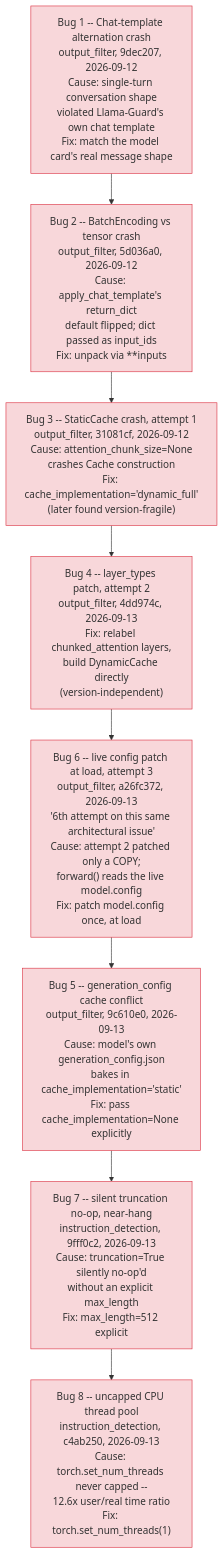
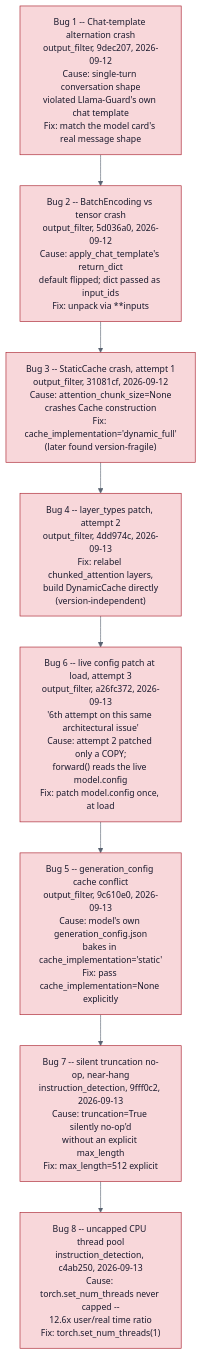
The tenth of 11 diagrams in docs/THESIS_ARCHITECTURE.md (Simarjit1303/rag-adversarial-robustness), drawn with Mermaid before and after one commit. The commit also changed other lines of this file, not shown here.

First line of the commit message:
Add explicit dark-mode-safe colors to all 11 THESIS_ARCHITECTURE.md diagrams

````diff
--- a/docs/THESIS_ARCHITECTURE.md
+++ b/docs/THESIS_ARCHITECTURE.md
@@ -248,16 +259,17 @@
 ```mermaid
+%%{init: {'theme':'base','themeVariables':{'primaryColor':'#eef2f7','primaryTextColor':'#1a1a2e','primaryBorderColor':'#37517e','lineColor':'#5a6472','secondaryColor':'#eef2f7','secondaryTextColor':'#1a1a2e','secondaryBorderColor':'#37517e','tertiaryColor':'#eef2f7','tertiaryTextColor':'#1a1a2e','tertiaryBorderColor':'#37517e','edgeLabelBackground':'#ffffff','clusterBkg':'#eef2f7','clusterBorder':'#37517e','titleColor':'#1a1a2e','textColor':'#1a1a2e','fontSize':'14px'}}}%%
 flowchart TD
     B1["Bug 1 -- Chat-template alternation crash<br/>output_filter, 9dec207, 2026-09-12<br/>Cause: single-turn conversation shape<br/>violated Llama-Guard's own chat template<br/>Fix: match the model card's real message shape"]
     B2["Bug 2 -- BatchEncoding vs tensor crash<br/>output_filter, 5d036a0, 2026-09-12<br/>Cause: apply_chat_template's return_dict<br/>default flipped; dict passed as input_ids<br/>Fix: unpack via **inputs"]
     B3["Bug 3 -- StaticCache crash, attempt 1<br/>output_filter, 31081cf, 2026-09-12<br/>Cause: attention_chunk_size=None<br/>crashes Cache construction<br/>Fix: cache_implementation='dynamic_full'<br/>(later found version-fragile)"]
     B4["Bug 4 -- layer_types patch, attempt 2<br/>output_filter, 4dd974c, 2026-09-13<br/>Fix: relabel chunked_attention layers,<br/>build DynamicCache directly<br/>(version-independent)"]
     B6["Bug 6 -- live config patch at load, attempt 3<br/>output_filter, a26fc372, 2026-09-13<br/>'6th attempt on this same architectural issue'<br/>Cause: attempt 2 patched only a COPY;<br/>forward() reads the live model.config<br/>Fix: patch model.config once, at load"]
     B5["Bug 5 -- generation_config cache conflict<br/>output_filter, 9c610e0, 2026-09-13<br/>Cause: model's own generation_config.json<br/>bakes in cache_implementation='static'<br/>Fix: pass cache_implementation=None explicitly"]
     B7["Bug 7 -- silent truncation no-op, near-hang<br/>instruction_detection, 9fff0c2, 2026-09-13<br/>Cause: truncation=True silently no-op'd<br/>without an explicit max_length<br/>Fix: max_length=512 explicit"]
     B8["Bug 8 -- uncapped CPU thread pool<br/>instruction_detection, c4ab250, 2026-09-13<br/>Cause: torch.set_num_threads never capped --<br/>12.6x user/real time ratio<br/>Fix: torch.set_num_threads(1)"]
 
     B1 --> B2 --> B3 --> B4 --> B6 --> B5 --> B7 --> B8
 
-    classDef bug fill:#f8d7da,stroke:#dc3545
+    classDef bug fill:#f8d7da,stroke:#a71d2a,color:#1a1a2e
     class B1,B2,B3,B4,B5,B6,B7,B8 bug
 ```
````
